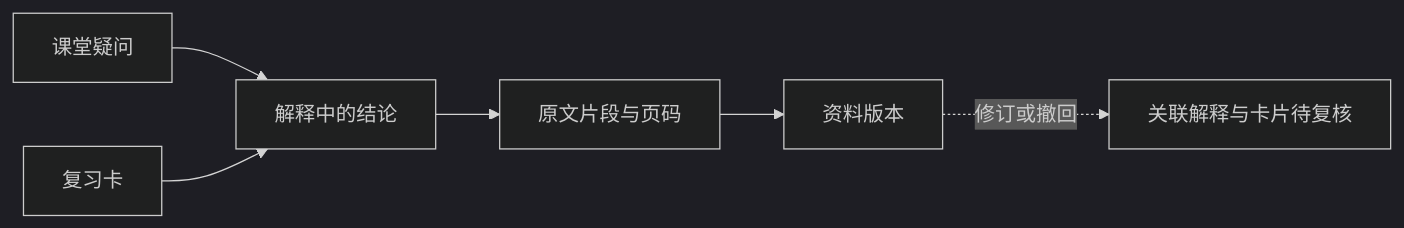
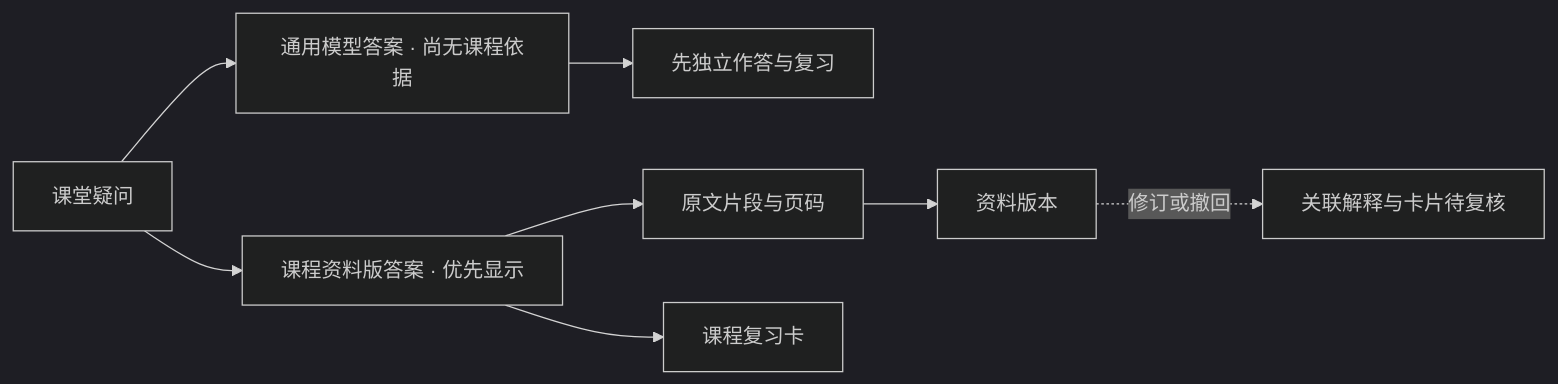
The first of 2 diagrams in README.md (ChenYueqi2024/wenji), drawn with Mermaid (dark theme) before and after one commit. The commit also changed other lines of this file and 32 other files, not shown here.

````diff
--- a/README.md
+++ b/README.md
@@ -77,8 +72,10 @@
 ```mermaid
 flowchart LR
-    Q[课堂疑问] --> A[解释中的结论]
-    A --> E[原文片段与页码]
+    Q[课堂疑问] --> G[通用模型答案 · 尚无课程依据]
+    G --> GR[先独立作答与复习]
+    Q --> C[课程资料版答案 · 优先显示]
+    C --> E[原文片段与页码]
     E --> V[资料版本]
-    R[复习卡] --> A
-    V -. 修订或撤回 .-> S[关联解释与卡片待复核]
+    C --> CR[课程复习卡]
+    V -. 修订或撤回 .-> R[关联解释与卡片待复核]
 ```
````
